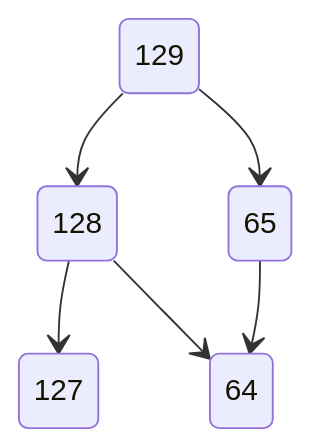
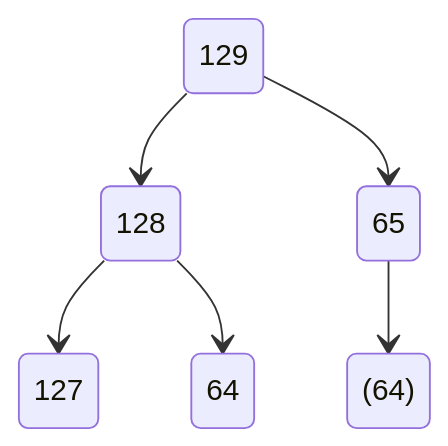
Before and after one commit to viktorshandrikov/repository-1: the diagram in 19.md, drawn with Mermaid.

````diff
--- a/19.md
+++ b/19.md
@@ -1,8 +1,8 @@
 ```mermaid
 stateDiagram-v2
 129 --> 128
 129 --> 65
 128 --> 127
 128 --> 64
-65 --> 64
+65 --> (64)
 ```
````
